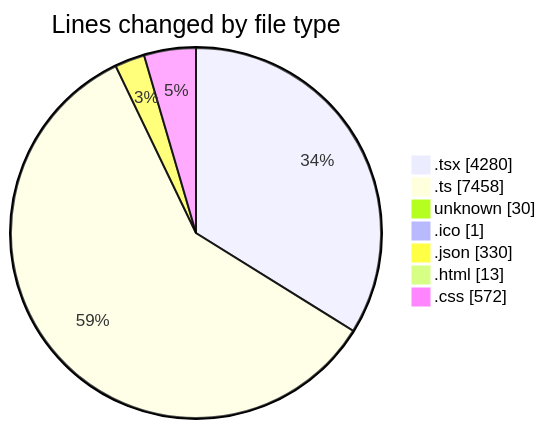
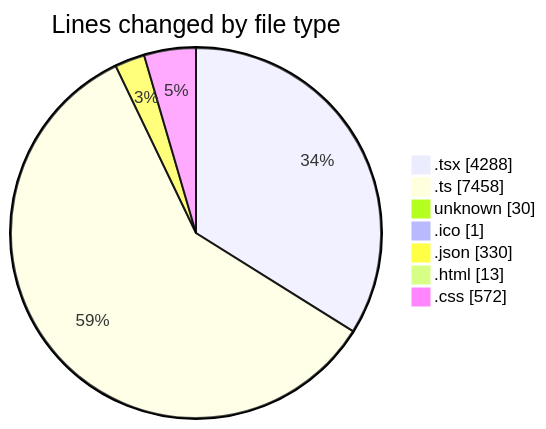
Before and after one commit to JenPaints/code-tracking: the first of 2 diagrams in 2025-06-20/modeljsondesigner/README.md, drawn with Mermaid. The commit also changed other lines of this file and 1 other file, not shown here.

````diff
--- a/2025-06-20/modeljsondesigner/README.md
+++ b/2025-06-20/modeljsondesigner/README.md
@@ -43,11 +43,11 @@
 ```mermaid
 pie showData
 title Lines changed by file type
-".tsx" : 4280
+".tsx" : 4288
 ".ts" : 7458
 "unknown" : 30
 ".ico" : 1
 ".json" : 330
 ".html" : 13
 ".css" : 572
 ```
````
